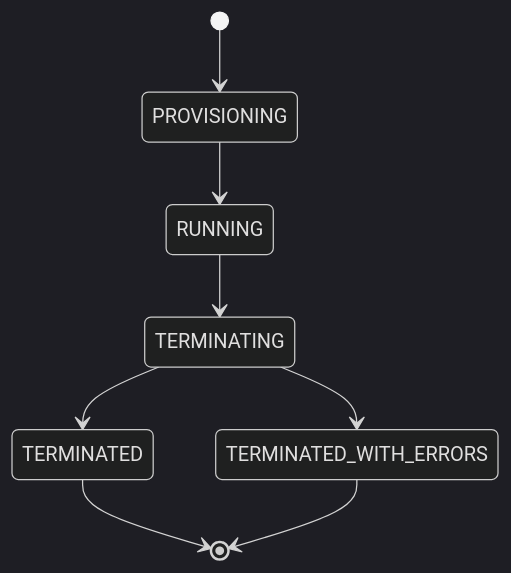
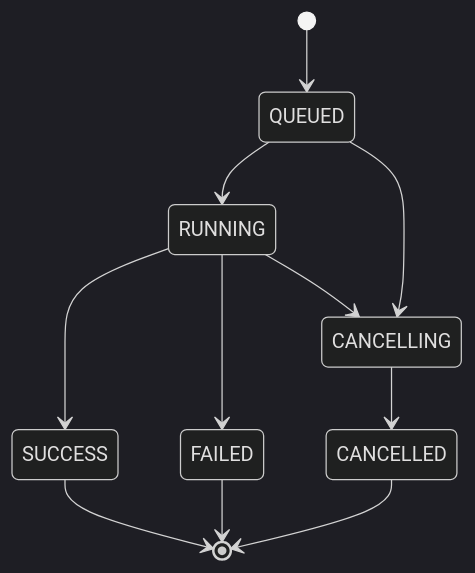
One commit to DataShield-sp18/data-shield-docs changed the second of 2 diagrams in docs/features/distributed-execution.md. Above: the diagram before and after it, drawn with Mermaid (dark theme). The commit also changed other lines of this file and 6 other files, not shown here.

````diff
--- a/docs/features/distributed-execution.md
+++ b/docs/features/distributed-execution.md
@@ -47,10 +45,13 @@
 ```mermaid
 stateDiagram-v2
-    [*] --> PROVISIONING
-    PROVISIONING --> RUNNING
-    RUNNING --> TERMINATING
-    TERMINATING --> TERMINATED
-    TERMINATING --> TERMINATED_WITH_ERRORS
-    TERMINATED --> [*]
-    TERMINATED_WITH_ERRORS --> [*]
+    [*] --> QUEUED
+    QUEUED --> RUNNING
+    RUNNING --> SUCCESS
+    RUNNING --> FAILED
+    QUEUED --> CANCELLING
+    RUNNING --> CANCELLING
+    CANCELLING --> CANCELLED
+    SUCCESS --> [*]
+    FAILED --> [*]
+    CANCELLED --> [*]
 ```
````
